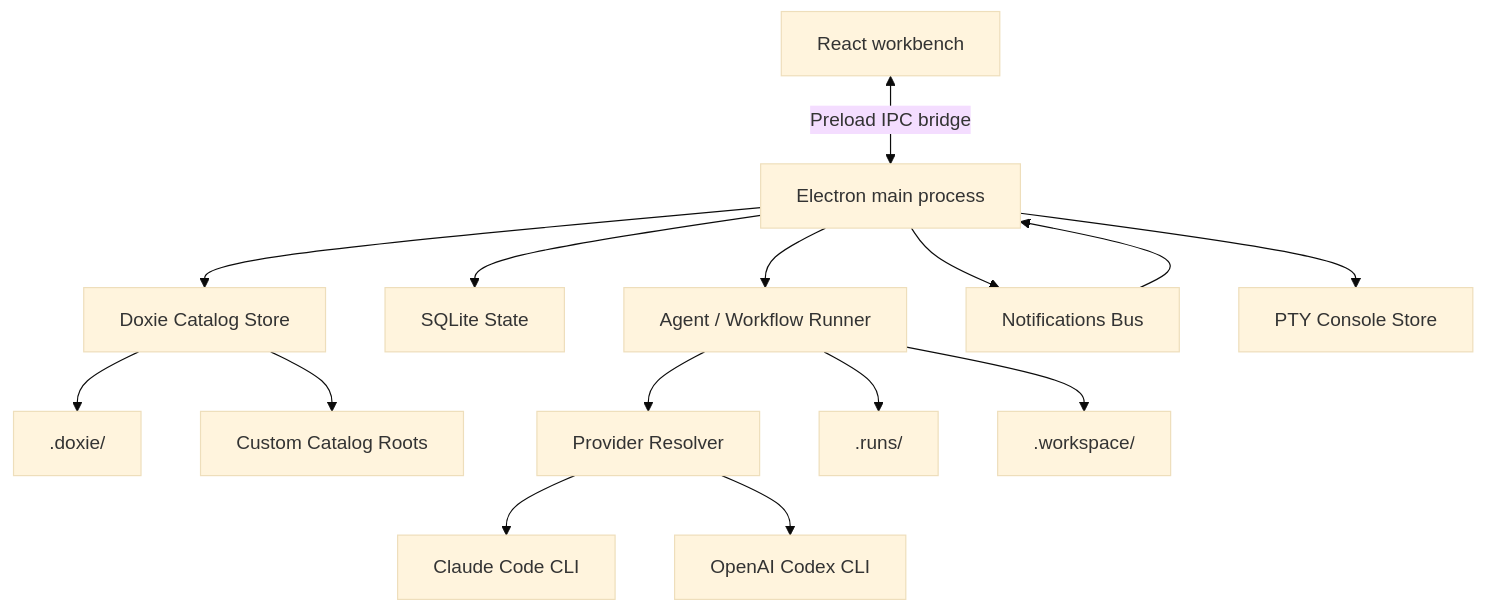
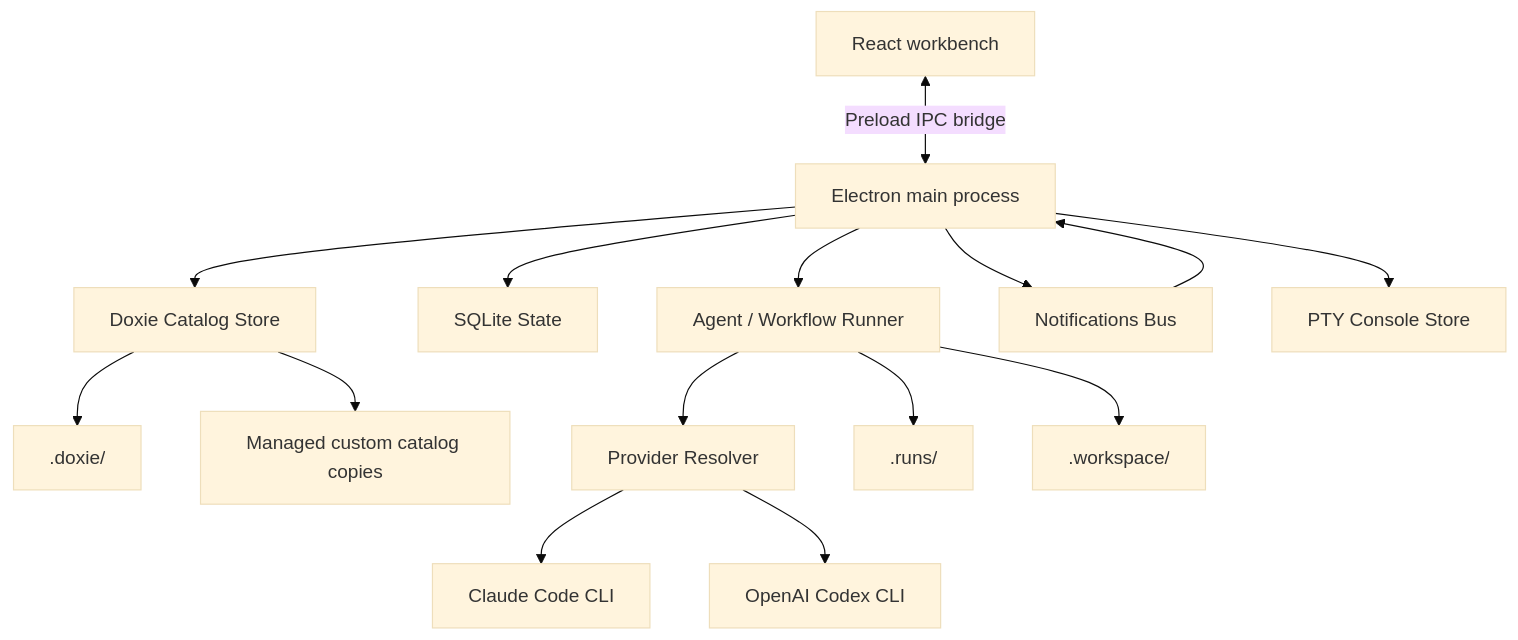
Before and after one commit to viamus/DoxieOS: the first of 5 diagrams in docs/architecture.md, drawn with Mermaid (base theme). The commit also changed other lines of this file and 25 other files, not shown here.

````diff
--- a/docs/architecture.md
+++ b/docs/architecture.md
@@ -9,17 +9,17 @@
 ```mermaid
 flowchart TD
     Renderer["React workbench"] <-->|Preload IPC bridge| Main["Electron main process"]
     Main --> Catalog["Doxie Catalog Store"]
     Main --> SQLite["SQLite State"]
     Main --> Runner["Agent / Workflow Runner"]
     Main --> Notifications["Notifications Bus"]
     Main --> Consoles["PTY Console Store"]
     Catalog --> Doxie[".doxie/"]
-    Catalog --> CustomCatalogs["Custom Catalog Roots"]
+    Catalog --> CustomCatalogs["Managed custom catalog copies"]
     Runner --> ProviderResolver["Provider Resolver"]
     ProviderResolver --> ClaudeCLI["Claude Code CLI"]
     ProviderResolver --> CodexCLI["OpenAI Codex CLI"]
     Runner --> RunOutputs[".runs/"]
     Runner --> Workspace[".workspace/"]
     Notifications --> Main
 ```
````
